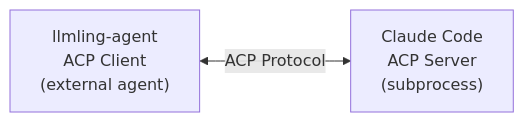
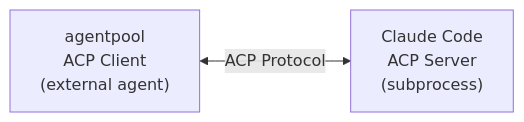
Before and after one commit to phil65/llmling-agent: the second of 4 diagrams in docs/advanced/acp-integration.md, drawn with Mermaid. The commit also changed other lines of this file and 928 other files, not shown here.

````diff
--- a/docs/advanced/acp-integration.md
+++ b/docs/advanced/acp-integration.md
@@ -132,4 +132,4 @@
 ```mermaid
 graph LR
-    A["llmling-agent<br/>ACP Client<br/>(external agent)"] <-->|ACP Protocol| B["Claude Code<br/>ACP Server<br/>(subprocess)"]
+    A["agentpool<br/>ACP Client<br/>(external agent)"] <-->|ACP Protocol| B["Claude Code<br/>ACP Server<br/>(subprocess)"]
 ```
````
